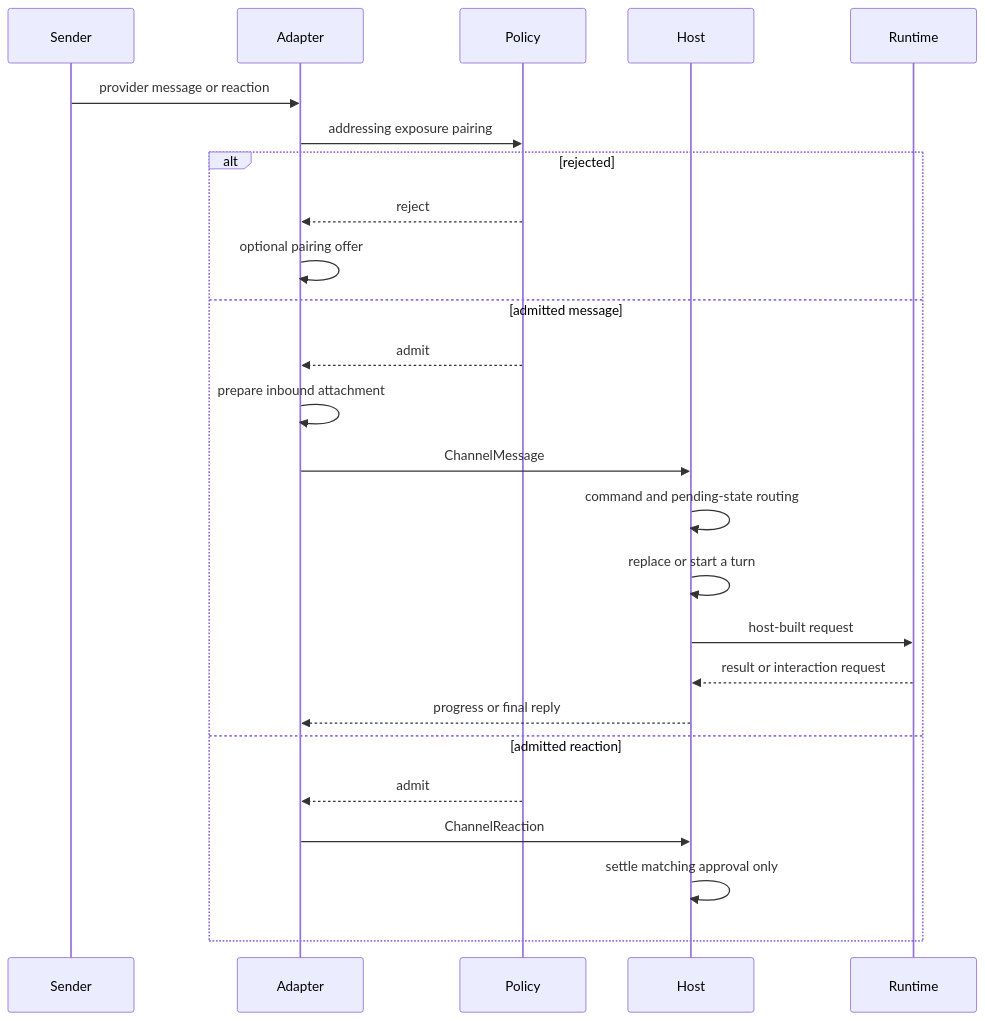
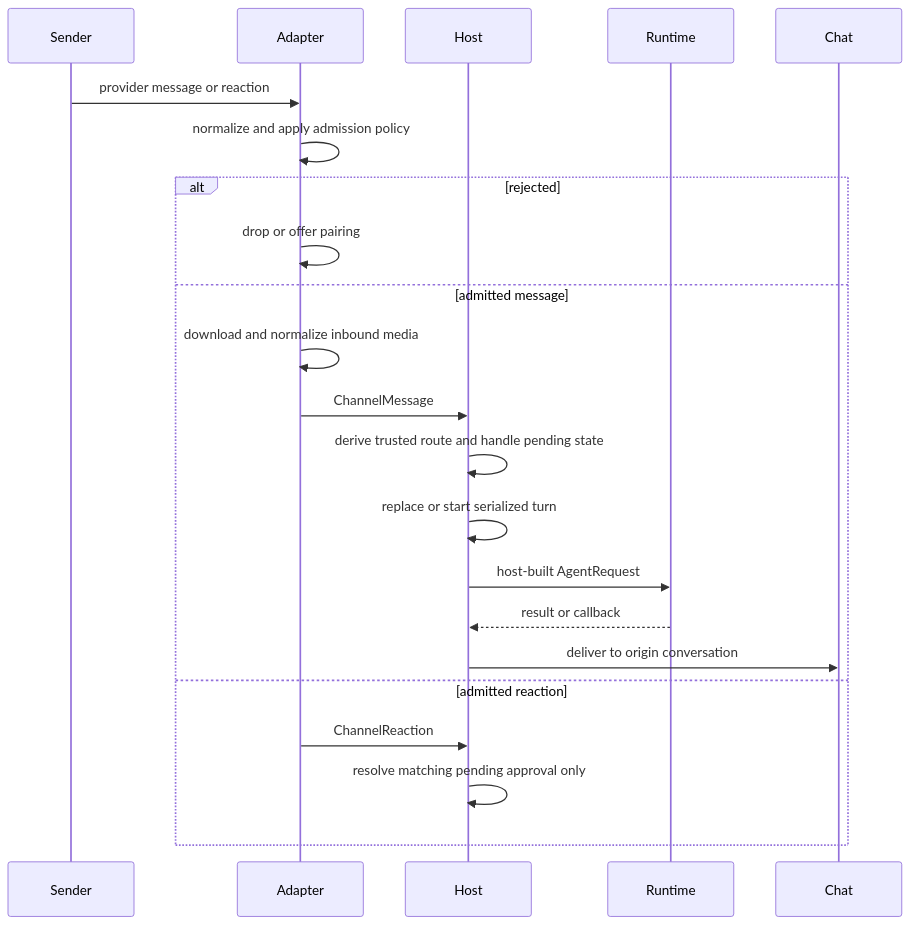
One commit to langchain-ai/deepagents changed the diagram in openwiki/concepts/talon-channel-admission.md. Above: the diagram before and after it, drawn with Mermaid. The commit also changed other lines of this file and 25 other files, not shown here.

````diff
--- a/openwiki/concepts/talon-channel-admission.md
+++ b/openwiki/concepts/talon-channel-admission.md
@@ -67,28 +51,25 @@
 ```mermaid
 sequenceDiagram
     participant Sender
     participant Adapter
-    participant Policy
     participant Host
     participant Runtime
+    participant Chat
 
     Sender->>Adapter: provider message or reaction
-    Adapter->>Policy: addressing exposure pairing
+    Adapter->>Adapter: normalize and apply admission policy
     alt rejected
-        Policy-->>Adapter: reject
-        Adapter->>Adapter: optional pairing offer
+        Adapter->>Adapter: drop or offer pairing
     else admitted message
-        Policy-->>Adapter: admit
-        Adapter->>Adapter: prepare inbound attachment
+        Adapter->>Adapter: download and normalize inbound media
         Adapter->>Host: ChannelMessage
-        Host->>Host: command and pending-state routing
-        Host->>Host: replace or start a turn
-        Host->>Runtime: host-built request
-        Runtime-->>Host: result or interaction request
-        Host-->>Adapter: progress or final reply
+        Host->>Host: derive trusted route and handle pending state
+        Host->>Host: replace or start serialized turn
+        Host->>Runtime: host-built AgentRequest
+        Runtime-->>Host: result or callback
+        Host->>Chat: deliver to origin conversation
     else admitted reaction
-        Policy-->>Adapter: admit
         Adapter->>Host: ChannelReaction
-        Host->>Host: settle matching approval only
+        Host->>Host: resolve matching pending approval only
     end
 ```
````
